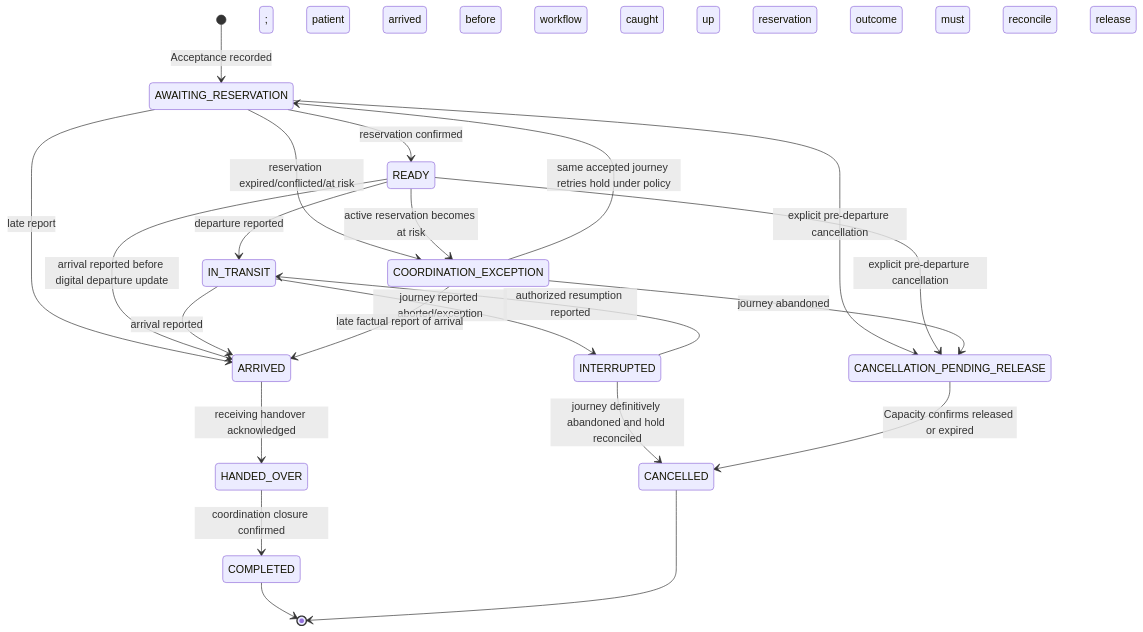
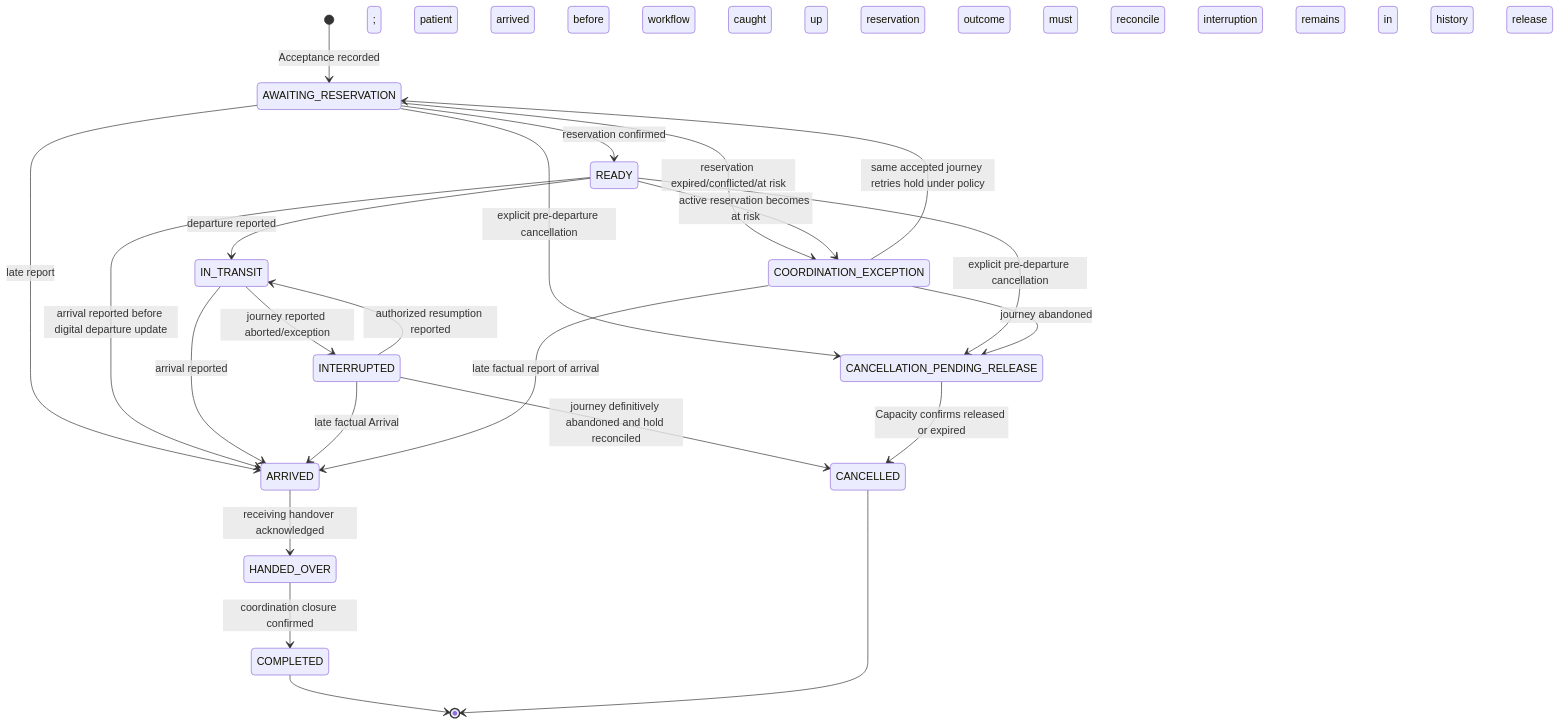
Before and after one commit to Sumedh08/AyuVahak: the fourth of 4 diagrams in docs/architecture/volume-2-state-machines.md, drawn with Mermaid. The commit also changed other lines of this file and 3 other files, not shown here.

````diff
--- a/docs/architecture/volume-2-state-machines.md
+++ b/docs/architecture/volume-2-state-machines.md
@@ -83,24 +83,25 @@
 ```mermaid
 stateDiagram-v2
   [*] --> AWAITING_RESERVATION: Acceptance recorded
   AWAITING_RESERVATION --> READY: reservation confirmed
   AWAITING_RESERVATION --> ARRIVED: late report; patient arrived before workflow caught up
   AWAITING_RESERVATION --> CANCELLATION_PENDING_RELEASE: explicit pre-departure cancellation; reservation outcome must reconcile
   AWAITING_RESERVATION --> COORDINATION_EXCEPTION: reservation expired/conflicted/at risk
   READY --> IN_TRANSIT: departure reported
   READY --> ARRIVED: arrival reported before digital departure update
   READY --> COORDINATION_EXCEPTION: active reservation becomes at risk
   READY --> CANCELLATION_PENDING_RELEASE: explicit pre-departure cancellation
   IN_TRANSIT --> ARRIVED: arrival reported
   IN_TRANSIT --> INTERRUPTED: journey reported aborted/exception
+  INTERRUPTED --> ARRIVED: late factual Arrival; interruption remains in history
   INTERRUPTED --> IN_TRANSIT: authorized resumption reported
   INTERRUPTED --> CANCELLED: journey definitively abandoned and hold reconciled
   ARRIVED --> HANDED_OVER: receiving handover acknowledged
   HANDED_OVER --> COMPLETED: coordination closure confirmed
   COORDINATION_EXCEPTION --> AWAITING_RESERVATION: same accepted journey retries hold under policy
   COORDINATION_EXCEPTION --> ARRIVED: late factual report of arrival
   COORDINATION_EXCEPTION --> CANCELLATION_PENDING_RELEASE: journey abandoned; release must reconcile
   CANCELLATION_PENDING_RELEASE --> CANCELLED: Capacity confirms released or expired
   COMPLETED --> [*]
   CANCELLED --> [*]
 ```
````
